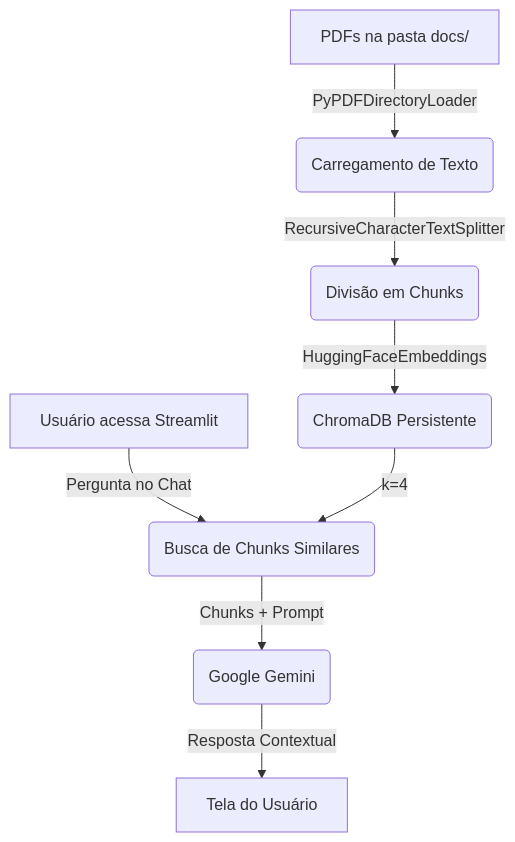
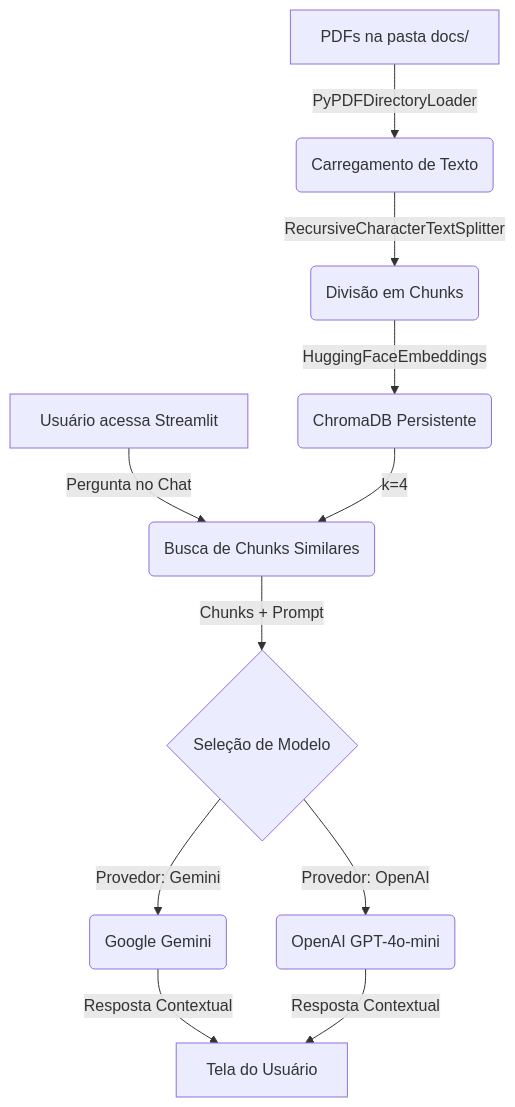
One commit to EduardoFreyer/assistente-rag changed the diagram in README.md. Above: the diagram before and after it, drawn with Mermaid. The commit also changed other lines of this file, not shown here.

````diff
--- a/README.md
+++ b/README.md
@@ -16,12 +16,15 @@
 ```mermaid
 graph TD;
     A[PDFs na pasta docs/] -->|PyPDFDirectoryLoader| B(Carregamento de Texto)
     B -->|RecursiveCharacterTextSplitter| C(Divisão em Chunks)
     C -->|HuggingFaceEmbeddings| D(ChromaDB Persistente)
     
     E[Usuário acessa Streamlit] -->|Pergunta no Chat| F(Busca de Chunks Similares)
     D -->|k=4| F
     
-    F -->|Chunks + Prompt| G(Google Gemini)
-    G -->|Resposta Contextual| H[Tela do Usuário]
+    F -->|Chunks + Prompt| G{Seleção de Modelo}
+    G -->|Provedor: Gemini| H(Google Gemini)
+    G -->|Provedor: OpenAI| I(OpenAI GPT-4o-mini)
+    H -->|Resposta Contextual| J[Tela do Usuário]
+    I -->|Resposta Contextual| J
 ```
````
